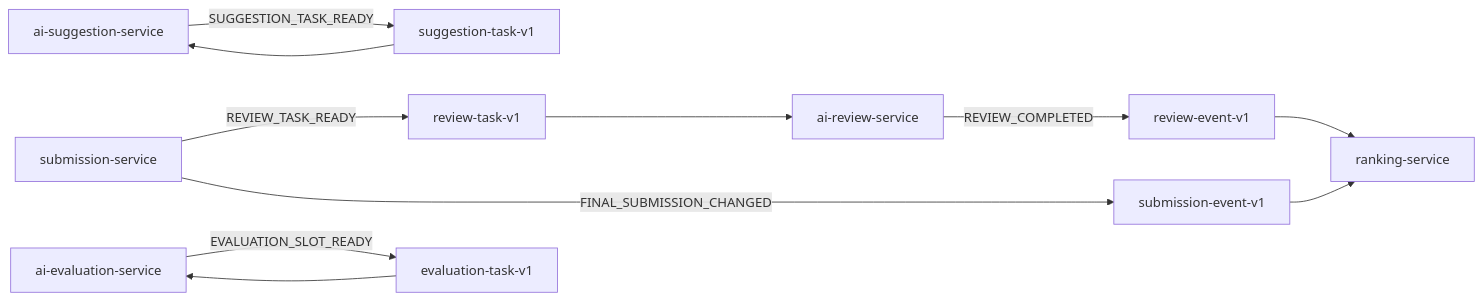
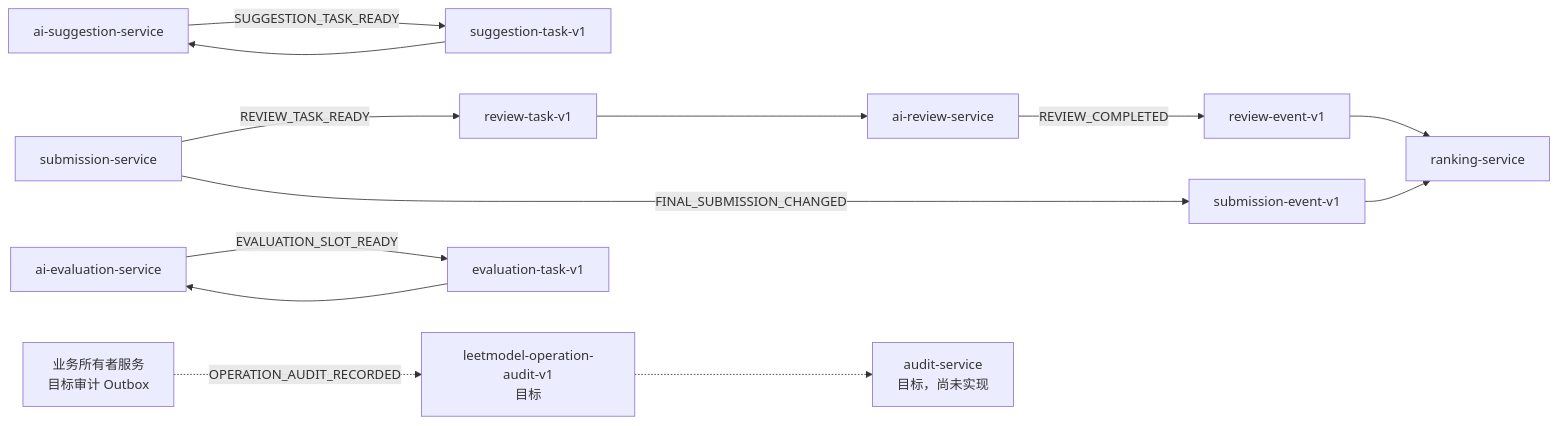
One commit to Dorian7Alden/LeetModel changed the second of 4 diagrams in docs/project/02-架构设计/微服务架构.md. Above: the diagram before and after it, drawn with Mermaid. The commit also changed other lines of this file and 10 other files, not shown here.

Commit message:
docs: 完善系统保障设计路线图

````diff
--- a/docs/project/02-架构设计/微服务架构.md
+++ b/docs/project/02-架构设计/微服务架构.md
@@ -136,19 +147,23 @@
 ```mermaid
 flowchart LR
     SUBMISSION[submission-service]
     REVIEW_TOPIC[review-task-v1]
     SUBMISSION_EVENT[submission-event-v1]
     REVIEW[ai-review-service]
     REVIEW_EVENT[review-event-v1]
     SUGGESTION[ai-suggestion-service]
     SUGGESTION_TOPIC[suggestion-task-v1]
     EVALUATION[ai-evaluation-service]
     EVALUATION_TOPIC[evaluation-task-v1]
     RANKING[ranking-service]
+    AUDIT_PRODUCERS[业务所有者服务<br/>目标审计 Outbox]
+    AUDIT_TOPIC[leetmodel-operation-audit-v1<br/>目标]
+    AUDIT[audit-service<br/>目标，尚未实现]
 
     SUBMISSION -->|REVIEW_TASK_READY| REVIEW_TOPIC --> REVIEW
     SUBMISSION -->|FINAL_SUBMISSION_CHANGED| SUBMISSION_EVENT --> RANKING
     REVIEW -->|REVIEW_COMPLETED| REVIEW_EVENT --> RANKING
     SUGGESTION -->|SUGGESTION_TASK_READY| SUGGESTION_TOPIC --> SUGGESTION
     EVALUATION -->|EVALUATION_SLOT_READY| EVALUATION_TOPIC --> EVALUATION
+    AUDIT_PRODUCERS -.->|OPERATION_AUDIT_RECORDED| AUDIT_TOPIC -.-> AUDIT
 ```
````
